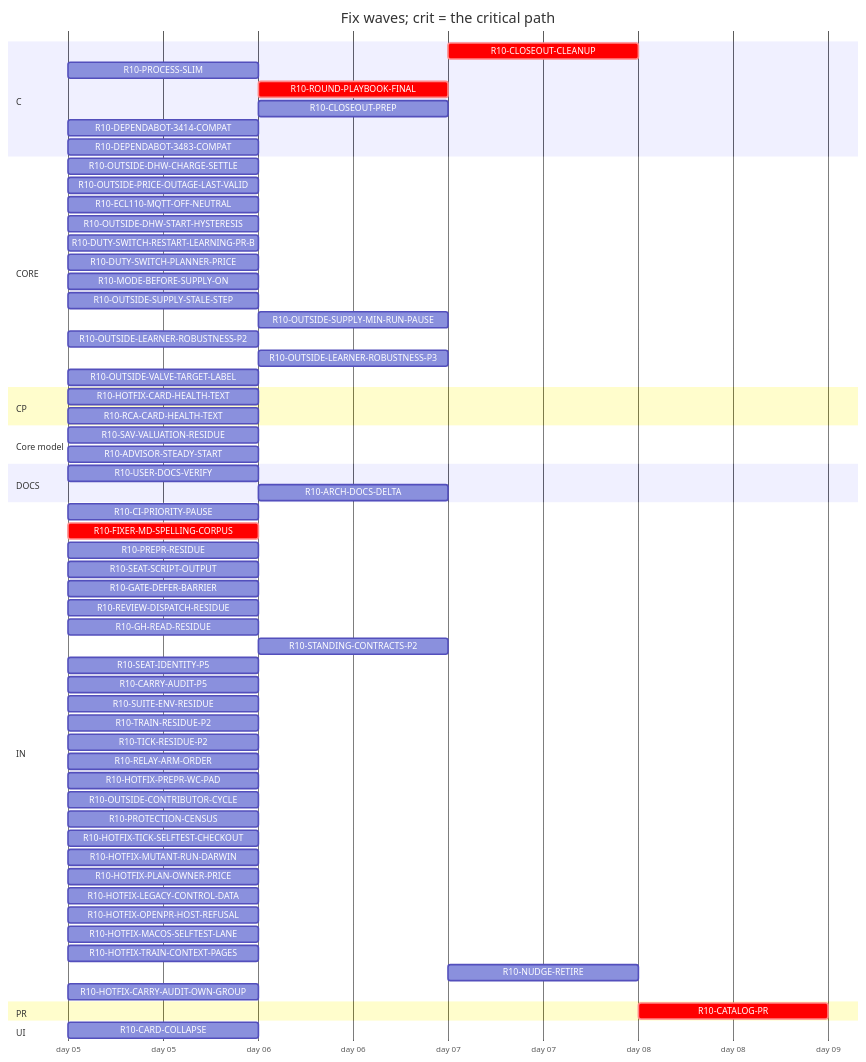
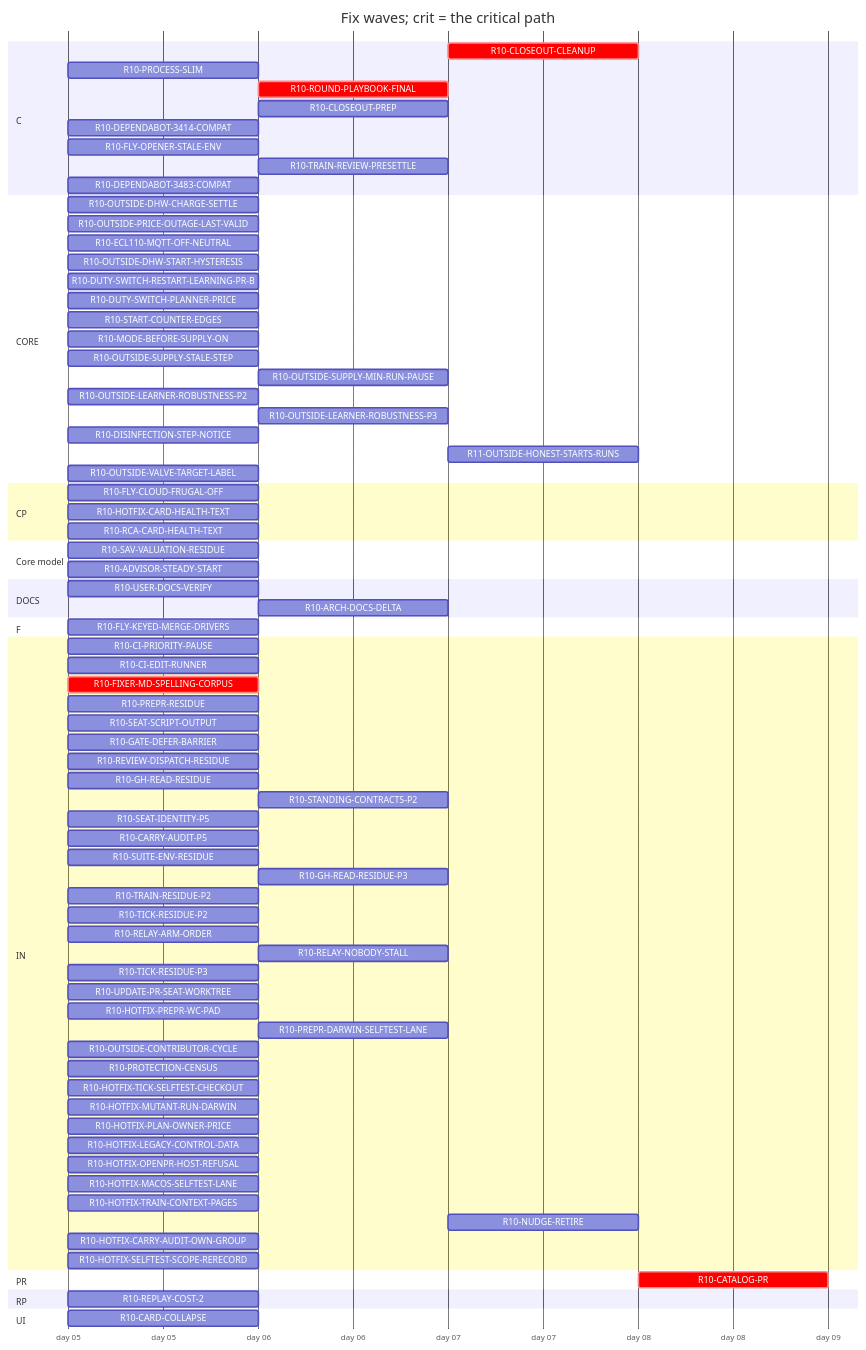
Before and after one commit to tvofi/heatpump_optimizer: the diagram in handoff/round10/state/PLAN-TABLE.md, drawn with Mermaid. The commit also changed other lines of this file and 3 other files, not shown here.

Commit message:
state: FLOW-BOARD.md, NEXT-SESSION-PROMPT.md, PLAN-TABLE.md, RESUME-CURRENT.md regenerated (state_docs.py)

````diff
--- a/handoff/round10/state/PLAN-TABLE.md
+++ b/handoff/round10/state/PLAN-TABLE.md
@@ -29,6 +31,8 @@
     R10-ROUND-PLAYBOOK-FINAL :crit, r10ROUNDPLAYBOOKFINAL, after r10FIXERMDSPELLINGCORPUS, 1d
     R10-CLOSEOUT-PREP :r10CLOSEOUTPREP, after r10FIXERMDSPELLINGCORPUS, 1d
     R10-DEPENDABOT-3414-COMPAT :r10DEPENDABOT3414COMPAT, 2026-01-05, 1d
+    R10-FLY-OPENER-STALE-ENV :r10FLYOPENERSTALEENV, 2026-01-05, 1d
+    R10-TRAIN-REVIEW-PRESETTLE :r10TRAINREVIEWPRESETTLE, after r10TRAINRESIDUEP2, 1d
     R10-DEPENDABOT-3483-COMPAT :r10DEPENDABOT3483COMPAT, 2026-01-05, 1d
   section CORE
     R10-OUTSIDE-DHW-CHARGE-SETTLE :r10OUTSIDEDHWCHARGESETTLE, 2026-01-05, 1d
@@ -37,13 +41,17 @@
     R10-OUTSIDE-DHW-START-HYSTERESIS :r10OUTSIDEDHWSTARTHYSTERESIS, 2026-01-05, 1d
     R10-DUTY-SWITCH-RESTART-LEARNING-PR-B :r10DUTYSWITCHRESTARTLEARNINGPRB, 2026-01-05, 1d
     R10-DUTY-SWITCH-PLANNER-PRICE :r10DUTYSWITCHPLANNERPRICE, 2026-01-05, 1d
+    R10-START-COUNTER-EDGES :r10STARTCOUNTEREDGES, 2026-01-05, 1d
     R10-MODE-BEFORE-SUPPLY-ON :r10MODEBEFORESUPPLYON, 2026-01-05, 1d
     R10-OUTSIDE-SUPPLY-STALE-STEP :r10OUTSIDESUPPLYSTALESTEP, 2026-01-05, 1d
     R10-OUTSIDE-SUPPLY-MIN-RUN-PAUSE :r10OUTSIDESUPPLYMINRUNPAUSE, after r10OUTSIDESUPPLYSTALESTEP, 1d
     R10-OUTSIDE-LEARNER-ROBUSTNESS-P2 :r10OUTSIDELEARNERROBUSTNESSP2, 2026-01-05, 1d
     R10-OUTSIDE-LEARNER-ROBUSTNESS-P3 :r10OUTSIDELEARNERROBUSTNESSP3, after r10OUTSIDELEARNERROBUSTNESSP2, 1d
+    R10-DISINFECTION-STEP-NOTICE :r10DISINFECTIONSTEPNOTICE, 2026-01-05, 1d
+    R11-OUTSIDE-HONEST-STARTS-RUNS :r11OUTSIDEHONESTSTARTSRUNS, after r10DUTYSWITCHPLANNERPRICE r10OUTSIDEDHWSTARTHYSTERESIS r10OUTSIDESUPPLYMINRUNPAUSE r10ADVISORSTEADYSTART, 1d
     R10-OUTSIDE-VALVE-TARGET-LABEL :r10OUTSIDEVALVETARGETLABEL, 2026-01-05, 1d
   section CP
+    R10-FLY-CLOUD-FRUGAL-OFF :r10FLYCLOUDFRUGALOFF, 2026-01-05, 1d
     R10-HOTFIX-CARD-HEALTH-TEXT :r10HOTFIXCARDHEALTHTEXT, 2026-01-05, 1d
     R10-RCA-CARD-HEALTH-TEXT :r10RCACARDHEALTHTEXT, 2026-01-05, 1d
   section Core model
@@ -52,8 +60,11 @@
   section DOCS
     R10-USER-DOCS-VERIFY :r10USERDOCSVERIFY, 2026-01-05, 1d
     R10-ARCH-DOCS-DELTA :r10ARCHDOCSDELTA, after r10SAVVALUATIONRESIDUE r10ADVISORSTEADYSTART r10PROCESSSLIM, 1d
+  section F
+    R10-FLY-KEYED-MERGE-DRIVERS :r10FLYKEYEDMERGEDRIVERS, 2026-01-05, 1d
   section IN
     R10-CI-PRIORITY-PAUSE :r10CIPRIORITYPAUSE, 2026-01-05, 1d
+    R10-CI-EDIT-RUNNER :r10CIEDITRUNNER, 2026-01-05, 1d
     R10-FIXER-MD-SPELLING-CORPUS :crit, r10FIXERMDSPELLINGCORPUS, 2026-01-05, 1d
     R10-PREPR-RESIDUE :r10PREPRRESIDUE, 2026-01-05, 1d
     R10-SEAT-SCRIPT-OUTPUT :r10SEATSCRIPTOUTPUT, 2026-01-05, 1d
@@ -64,10 +75,15 @@
     R10-SEAT-IDENTITY-P5 :r10SEATIDENTITYP5, 2026-01-05, 1d
     R10-CARRY-AUDIT-P5 :r10CARRYAUDITP5, 2026-01-05, 1d
     R10-SUITE-ENV-RESIDUE :r10SUITEENVRESIDUE, 2026-01-05, 1d
+    R10-GH-READ-RESIDUE-P3 :r10GHREADRESIDUEP3, after r10GHREADRESIDUE, 1d
     R10-TRAIN-RESIDUE-P2 :r10TRAINRESIDUEP2, 2026-01-05, 1d
     R10-TICK-RESIDUE-P2 :r10TICKRESIDUEP2, 2026-01-05, 1d
     R10-RELAY-ARM-ORDER :r10RELAYARMORDER, 2026-01-05, 1d
+    R10-RELAY-NOBODY-STALL :r10RELAYNOBODYSTALL, after r10RELAYARMORDER r10REVIEWDISPATCHRESIDUE, 1d
+    R10-TICK-RESIDUE-P3 :r10TICKRESIDUEP3, 2026-01-05, 1d
+    R10-UPDATE-PR-SEAT-WORKTREE :r10UPDATEPRSEATWORKTREE, 2026-01-05, 1d
     R10-HOTFIX-PREPR-WC-PAD :r10HOTFIXPREPRWCPAD, 2026-01-05, 1d
+    R10-PREPR-DARWIN-SELFTEST-LANE :r10PREPRDARWINSELFTESTLANE, after r10HOTFIXPREPRWCPAD, 1d
     R10-OUTSIDE-CONTRIBUTOR-CYCLE :r10OUTSIDECONTRIBUTORCYCLE, 2026-01-05, 1d
     R10-PROTECTION-CENSUS :r10PROTECTIONCENSUS, 2026-01-05, 1d
     R10-HOTFIX-TICK-SELFTEST-CHECKOUT :r10HOTFIXTICKSELFTESTCHECKOUT, 2026-01-05, 1d
@@ -79,8 +95,11 @@
     R10-HOTFIX-TRAIN-CONTEXT-PAGES :r10HOTFIXTRAINCONTEXTPAGES, 2026-01-05, 1d
     R10-NUDGE-RETIRE :r10NUDGERETIRE, after r10ROUNDPLAYBOOKFINAL, 1d
     R10-HOTFIX-CARRY-AUDIT-OWN-GROUP :r10HOTFIXCARRYAUDITOWNGROUP, 2026-01-05, 1d
+    R10-HOTFIX-SELFTEST-SCOPE-RERECORD :r10HOTFIXSELFTESTSCOPERERECORD, 2026-01-05, 1d
   section PR
     R10-CATALOG-PR :crit, r10CATALOGPR, after r10USERDOCSVERIFY r10ROUNDPLAYBOOKFINAL r10CLOSEOUTCLEANUP r10CLOSEOUTPREP r10ARCHDOCSDELTA, 1d
+  section RP
+    R10-REPLAY-COST-2 :r10REPLAYCOST2, 2026-01-05, 1d
   section UI
     R10-CARD-COLLAPSE :r10CARDCOLLAPSE, 2026-01-05, 1d
 ```
````
